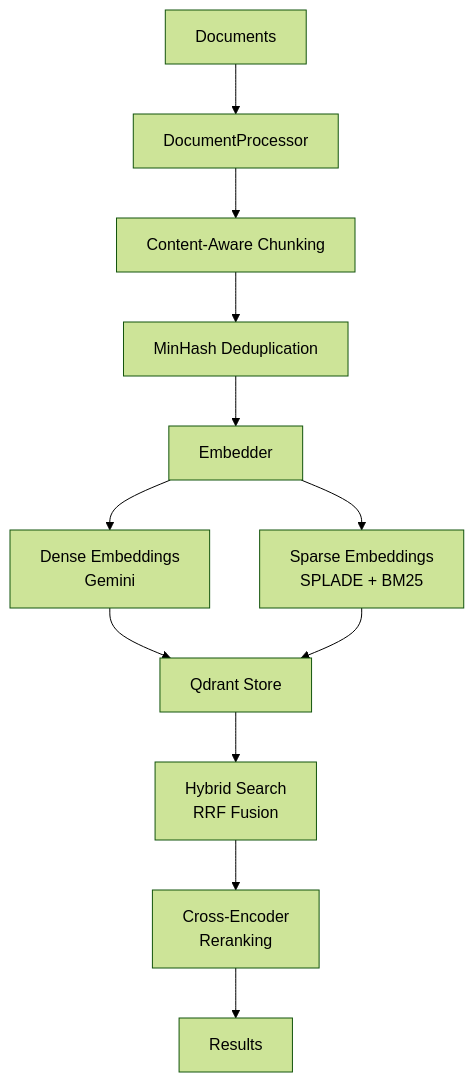
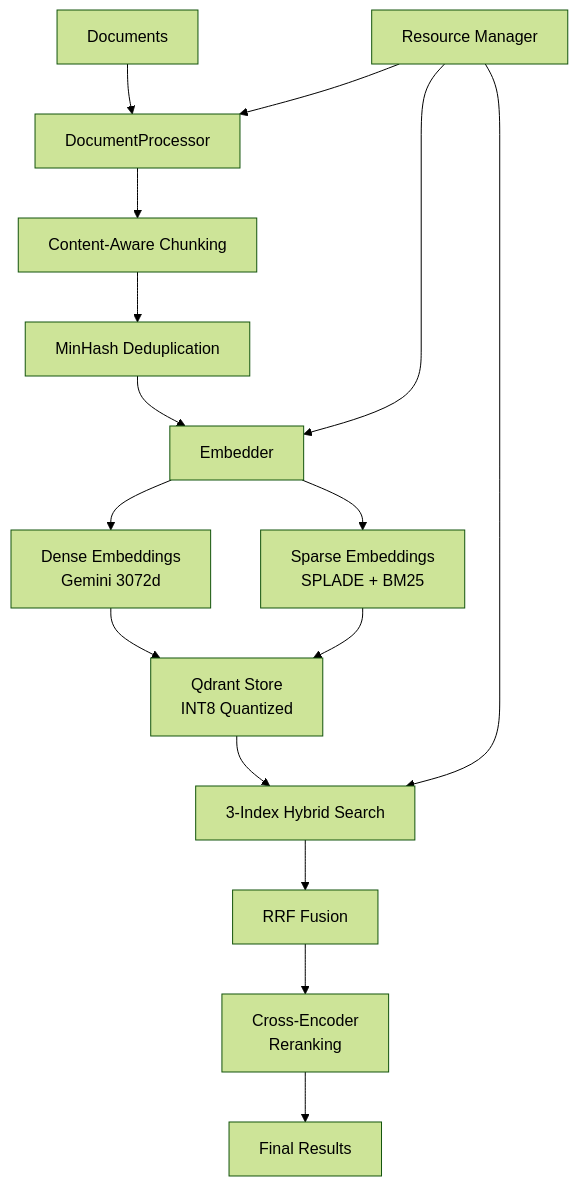
The diagram in README.md (XTheocharis/qdrant-rag), drawn with Mermaid (forest theme) before and after one commit. The commit also changed other lines of this file and 6 other files, not shown here.

````diff
--- a/README.md
+++ b/README.md
@@ -194,14 +310,19 @@
 ```mermaid
 graph TD
     A[Documents] --> B[DocumentProcessor]
     B --> C[Content-Aware Chunking]
     C --> D[MinHash Deduplication]
     D --> E[Embedder]
-    E --> F[Dense Embeddings<br/>Gemini]
+    E --> F[Dense Embeddings<br/>Gemini 3072d]
     E --> G[Sparse Embeddings<br/>SPLADE + BM25]
-    F --> H[Qdrant Store]
+    F --> H[Qdrant Store<br/>INT8 Quantized]
     G --> H
-    H --> I[Hybrid Search<br/>RRF Fusion]
-    I --> J[Cross-Encoder<br/>Reranking]
-    J --> K[Results]
+    H --> I[3-Index Hybrid Search]
+    I --> J[RRF Fusion]
+    J --> K[Cross-Encoder<br/>Reranking]
+    K --> L[Final Results]
+    
+    M[Resource Manager] --> B
+    M --> E
+    M --> I
 ```
````
